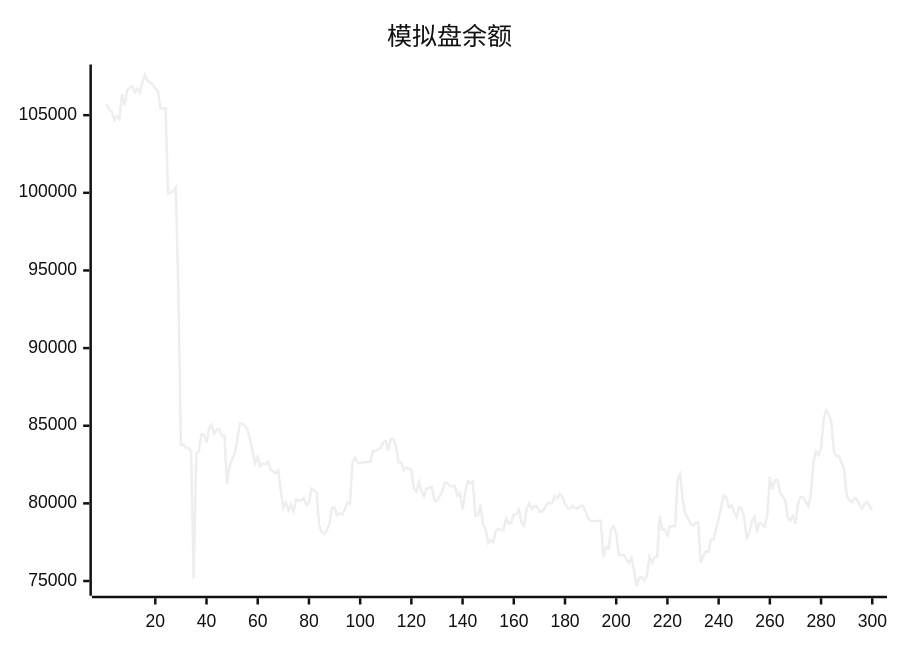
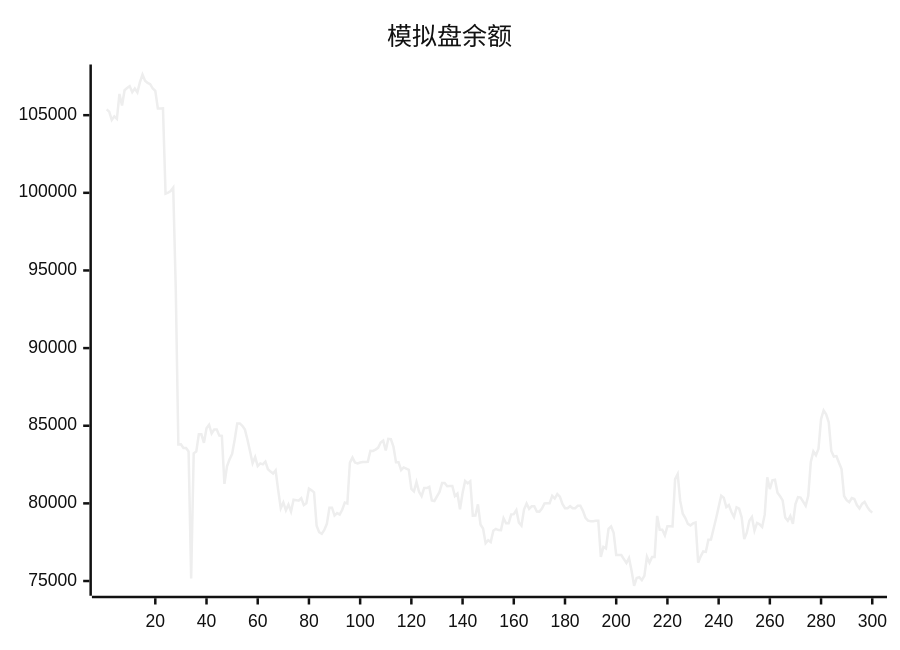
The diagram in README.md (aahl/ai-trading), drawn with Mermaid (neutral theme) before and after one commit. The commit also changed other lines of this file and 1 other file, not shown here.

````diff
--- a/README.md
+++ b/README.md
@@ -5,5 +5,5 @@
 ```mermaid
 xychart
     title "模拟盘余额"
-    line [105739,105374,105227,104691,104924,104762,106364,105628,106608,106748,106872,106485,106721,106468,107132,107620,107224,107080,107001,106717,106567,105431,105431,105440,99950,100017,100113,100337,93749,83795,83807,83567,83567,83342,75168,83222,83336,84448,84449,83896,84839,85065,84499,84757,84757,84364,84347,81254,82385,82835,83184,84099,85150,85150,85002,84751,84096,83356,82582,82983,82404,82572,82512,82688,82200,82047,81920,82125,80840,79688,80060,79552,79920,79470,80236,80208,80170,80336,79894,80006,80954,80837,80712,78561,78139,78037,78293,78682,79720,79720,79214,79372,79279,79591,80046,79993,82625,82950,82626,82571,82633,82670,82670,82681,83386,83378,83464,83579,83920,84037,83402,84160,84142,83652,82655,82655,82145,82315,82243,82163,80934,80770,81371,80742,80468,80989,80989,81067,80191,80155,80450,80737,81309,81309,81106,81119,81119,80471,80631,79624,80670,81448,81290,81429,79212,79222,79940,78643,78380,77432,77623,77504,78235,78358,78284,78277,79048,78714,78714,79290,79308,79567,78763,78563,79603,79988,79652,79813,79813,79476,79469,79673,79995,80015,80015,80486,80314,80600,80436,79966,79689,79689,79819,79692,79692,79850,79850,79518,79071,78889,78850,78850,78878,78878,76554,77202,77103,78357,78510,78106,76678,76677,76672,76411,76159,76485,75656,74695,75197,75246,75052,75334,76564,76179,76553,76551,79196,78300,78300,77944,78531,78531,78521,81564,81884,80160,79335,79055,78675,78580,78708,78764,76179,76586,76902,76876,77658,77669,78346,79023,79769,80497,80366,79761,79896,79448,79126,79749,79658,79097,77695,78114,78888,79126,78249,78738,78653,78478,79271,81680,80923,81488,81527,80681,80455,80190,79084,78879,79193,78686,79954,80403,80374,80118,79848,80491,82665,83351,83098,83525,85430,85983,85737,85221,83378,83014,83043,82613,82216,80477,80208,80081,80348,80277,79894,79670,79965,80093,79786,79542]
+    line [105374,105227,104691,104924,104762,106364,105628,106608,106748,106872,106485,106721,106468,107132,107620,107224,107080,107001,106717,106567,105431,105431,105440,99950,100017,100113,100337,93749,83795,83807,83567,83567,83342,75168,83222,83336,84448,84449,83896,84839,85065,84499,84757,84757,84364,84347,81254,82385,82835,83184,84099,85150,85150,85002,84751,84096,83356,82582,82983,82404,82572,82512,82688,82200,82047,81920,82125,80840,79688,80060,79552,79920,79470,80236,80208,80170,80336,79894,80006,80954,80837,80712,78561,78139,78037,78293,78682,79720,79720,79214,79372,79279,79591,80046,79993,82625,82950,82626,82571,82633,82670,82670,82681,83386,83378,83464,83579,83920,84037,83402,84160,84142,83652,82655,82655,82145,82315,82243,82163,80934,80770,81371,80742,80468,80989,80989,81067,80191,80155,80450,80737,81309,81309,81106,81119,81119,80471,80631,79624,80670,81448,81290,81429,79212,79222,79940,78643,78380,77432,77623,77504,78235,78358,78284,78277,79048,78714,78714,79290,79308,79567,78763,78563,79603,79988,79652,79813,79813,79476,79469,79673,79995,80015,80015,80486,80314,80600,80436,79966,79689,79689,79819,79692,79692,79850,79850,79518,79071,78889,78850,78850,78878,78878,76554,77202,77103,78357,78510,78106,76678,76677,76672,76411,76159,76485,75656,74695,75197,75246,75052,75334,76564,76179,76553,76551,79196,78300,78300,77944,78531,78531,78521,81564,81884,80160,79335,79055,78675,78580,78708,78764,76179,76586,76902,76876,77658,77669,78346,79023,79769,80497,80366,79761,79896,79448,79126,79749,79658,79097,77695,78114,78888,79126,78249,78738,78653,78478,79271,81680,80923,81488,81527,80681,80455,80190,79084,78879,79193,78686,79954,80403,80374,80118,79848,80491,82665,83351,83098,83525,85430,85983,85737,85221,83378,83014,83043,82613,82216,80477,80208,80081,80348,80277,79894,79670,79965,80093,79786,79542,79406]
 ```
````
